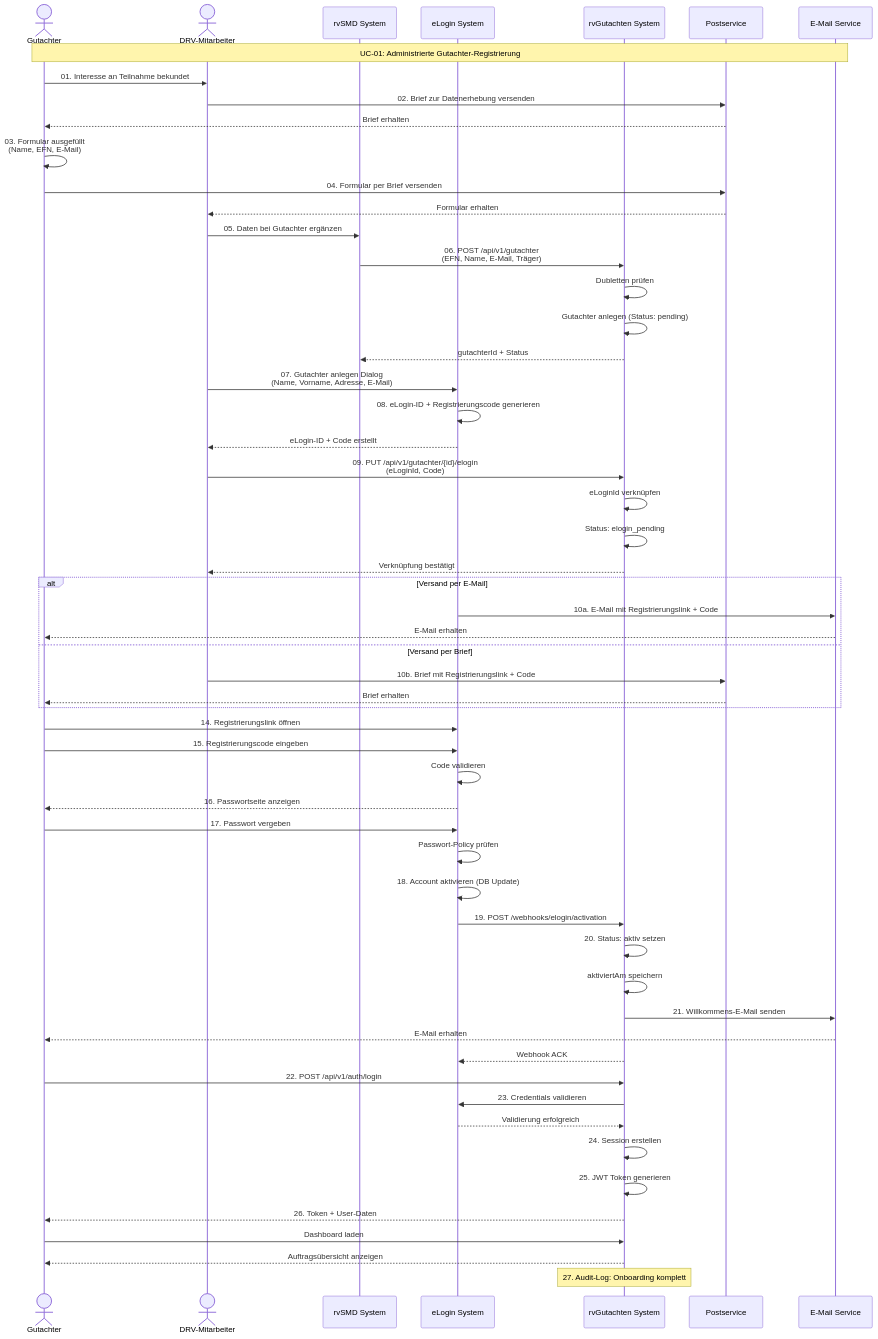
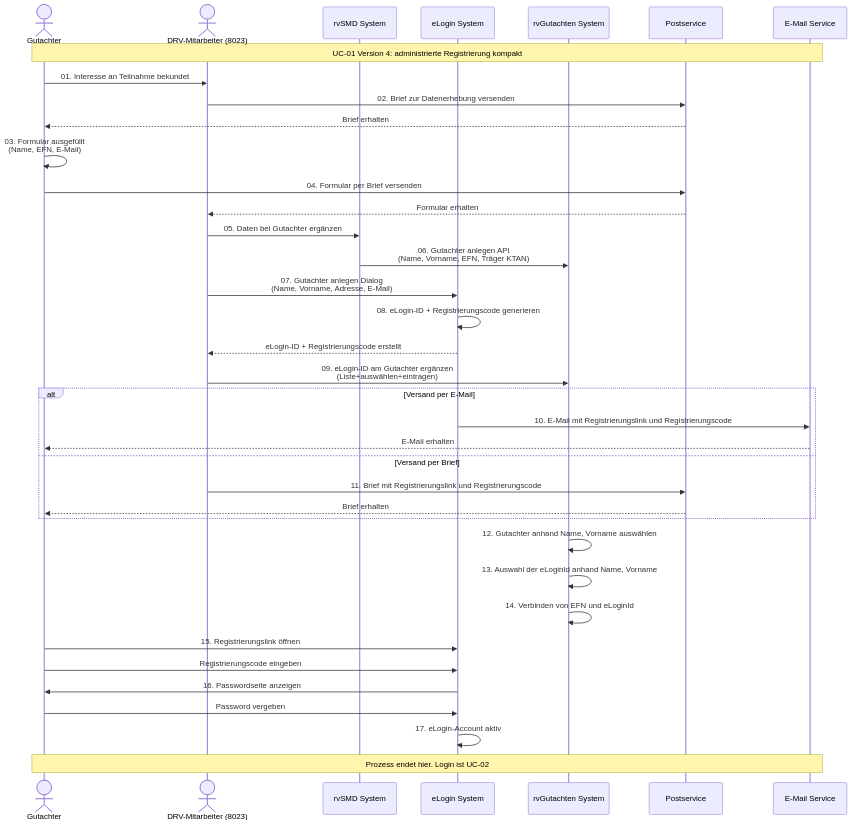
One commit to megadur/QARvGut changed the diagram in docs/UseCases/UC-01-Data-Flow-Traceability-Matrix.md. Above: the diagram before and after it, drawn with Mermaid. The commit also changed other lines of this file, not shown here.

First line of the commit message:
Update UC-01 Data Flow Traceability Matrix to reflect 17-step process

````diff
--- a/docs/UseCases/UC-01-Data-Flow-Traceability-Matrix.md
+++ b/docs/UseCases/UC-01-Data-Flow-Traceability-Matrix.md
@@ -261,71 +273,54 @@
 ```mermaid
 sequenceDiagram
     actor GUT as Gutachter
-    actor DRV as DRV-Mitarbeiter
+    actor DRV as DRV-Mitarbeiter (8023)
     participant SMD as rvSMD System
     participant ELG as eLogin System
     participant RVG as rvGutachten System
     participant POST as Postservice
     participant EML as E-Mail Service
     
-    Note over GUT,EML: UC-01: Administrierte Gutachter-Registrierung
+    Note over GUT,EML: UC-01 Version 4: administrierte Registrierung kompakt
     
+    %% Phase 1: Initiale Interessensbekundung
     GUT->>DRV: 01. Interesse an Teilnahme bekundet
     DRV->>POST: 02. Brief zur Datenerhebung versenden
     POST-->>GUT: Brief erhalten
     
+    %% Phase 2: Datensammlung
     GUT->>GUT: 03. Formular ausgefüllt<br/>(Name, EFN, E-Mail)
     GUT->>POST: 04. Formular per Brief versenden
     POST-->>DRV: Formular erhalten
     
+    %% Phase 3: System-Setup durch Admin
     DRV->>SMD: 05. Daten bei Gutachter ergänzen
-    SMD->>RVG: 06. POST /api/v1/gutachter<br/>(EFN, Name, E-Mail, Träger)
-    RVG->>RVG: Dubletten prüfen
-    RVG->>RVG: Gutachter anlegen (Status: pending)
-    RVG-->>SMD: gutachterId + Status
+    SMD->>RVG: 06. Gutachter anlegen API<br/>(Name, Vorname, EFN, Träger KTAN)
     
+    %% Phase 4: eLogin Account Creation
     DRV->>ELG: 07. Gutachter anlegen Dialog<br/>(Name, Vorname, Adresse, E-Mail)
     ELG->>ELG: 08. eLogin-ID + Registrierungscode generieren
-    ELG-->>DRV: eLogin-ID + Code erstellt
+    ELG-->>DRV: eLogin-ID + Registrierungscode erstellt
+    DRV->>RVG: 09. eLogin-ID am Gutachter ergänzen<br/>(Liste+auswählen+eintragen)
     
-    DRV->>RVG: 09. PUT /api/v1/gutachter/{id}/elogin<br/>(eLoginId, Code)
-    RVG->>RVG: eLoginId verknüpfen
-    RVG->>RVG: Status: elogin_pending
-    RVG-->>DRV: Verknüpfung bestätigt
-    
+    %% Phase 5: Data Verification & Linking
     alt Versand per E-Mail
-        ELG->>EML: 10a. E-Mail mit Registrierungslink + Code
+        ELG->>EML: 10. E-Mail mit Registrierungslink und Registrierungscode
         EML-->>GUT: E-Mail erhalten
     else Versand per Brief
-        DRV->>POST: 10b. Brief mit Registrierungslink + Code
+        DRV->>POST: 11. Brief mit Registrierungslink und Registrierungscode
         POST-->>GUT: Brief erhalten
     end
     
-    GUT->>ELG: 14. Registrierungslink öffnen
-    GUT->>ELG: 15. Registrierungscode eingeben
-    ELG->>ELG: Code validieren
-    ELG-->>GUT: 16. Passwortseite anzeigen
+    RVG->>RVG: 12. Gutachter anhand Name, Vorname auswählen
+    RVG->>RVG: 13. Auswahl der eLoginId anhand Name, Vorname
+    RVG->>RVG: 14. Verbinden von EFN und eLoginId
     
-    GUT->>ELG: 17. Passwort vergeben
-    ELG->>ELG: Passwort-Policy prüfen
-    ELG->>ELG: 18. Account aktivieren (DB Update)
+    %% Phase 6: Initial eLogin Activation
+    GUT->>ELG: 15. Registrierungslink öffnen
+    GUT->>ELG: Registrierungscode eingeben
+    ELG->>GUT: 16. Passwordseite anzeigen
+    GUT->>ELG: Password vergeben
+    ELG->>ELG: 17. eLogin-Account aktiv
     
-    ELG->>RVG: 19. POST /webhooks/elogin/activation
-    RVG->>RVG: 20. Status: aktiv setzen
-    RVG->>RVG: aktiviertAm speichern
-    RVG->>EML: 21. Willkommens-E-Mail senden
-    EML-->>GUT: E-Mail erhalten
-    RVG-->>ELG: Webhook ACK
-    
-    GUT->>RVG: 22. POST /api/v1/auth/login
-    RVG->>ELG: 23. Credentials validieren
-    ELG-->>RVG: Validierung erfolgreich
-    RVG->>RVG: 24. Session erstellen
-    RVG->>RVG: 25. JWT Token generieren
-    RVG-->>GUT: 26. Token + User-Daten
-    
-    GUT->>RVG: Dashboard laden
-    RVG-->>GUT: Auftragsübersicht anzeigen
-    
-    Note over RVG: 27. Audit-Log: Onboarding komplett
+    Note over GUT,EML: Prozess endet hier. Login ist UC-02
 ```
````
